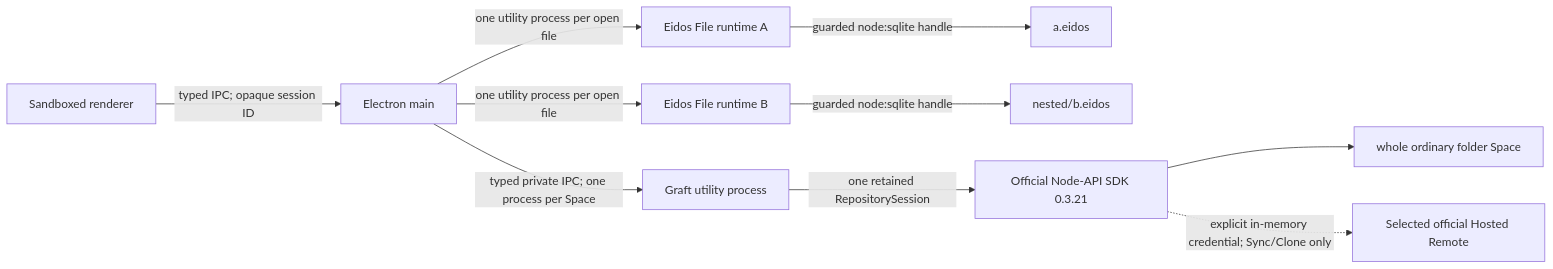
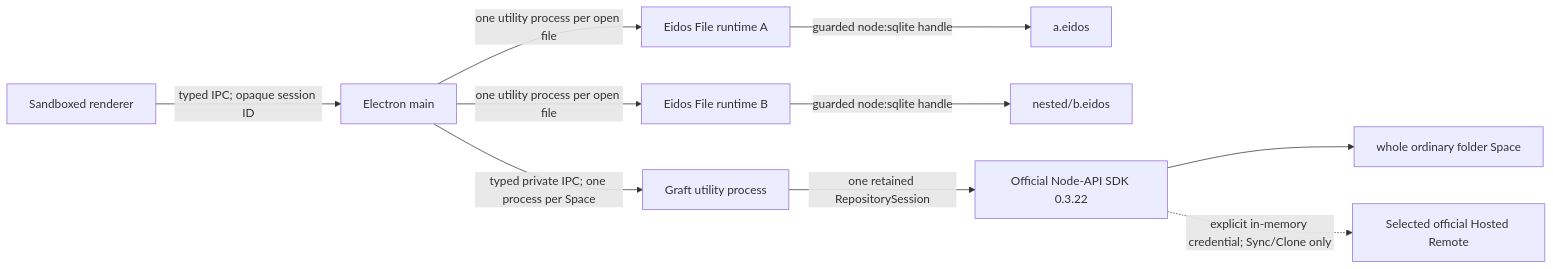
Before and after one commit to mayneyao/eidos: the first of 3 diagrams in apps/eidos-lite-desktop/docs/ARCHITECTURE.md, drawn with Mermaid. The commit also changed other lines of this file and 14 other files, not shown here.

````diff
--- a/apps/eidos-lite-desktop/docs/ARCHITECTURE.md
+++ b/apps/eidos-lite-desktop/docs/ARCHITECTURE.md
@@ -58,12 +58,12 @@
 ```mermaid
 flowchart LR
   R["Sandboxed renderer"] -->|"typed IPC; opaque session ID"| M["Electron main"]
   M -->|"one utility process per open file"| F1["Eidos File runtime A"]
   M -->|"one utility process per open file"| F2["Eidos File runtime B"]
   F1 -->|"guarded node:sqlite handle"| E1["a.eidos"]
   F2 -->|"guarded node:sqlite handle"| E2["nested/b.eidos"]
   M -->|"typed private IPC; one process per Space"| G["Graft utility process"]
-  G -->|"one retained RepositorySession"| N["Official Node-API SDK 0.3.21"]
+  G -->|"one retained RepositorySession"| N["Official Node-API SDK 0.3.22"]
   N --> S["whole ordinary folder Space"]
   N -. "explicit in-memory credential; Sync/Clone only" .-> H["Selected official Hosted Remote"]
 ```
````
